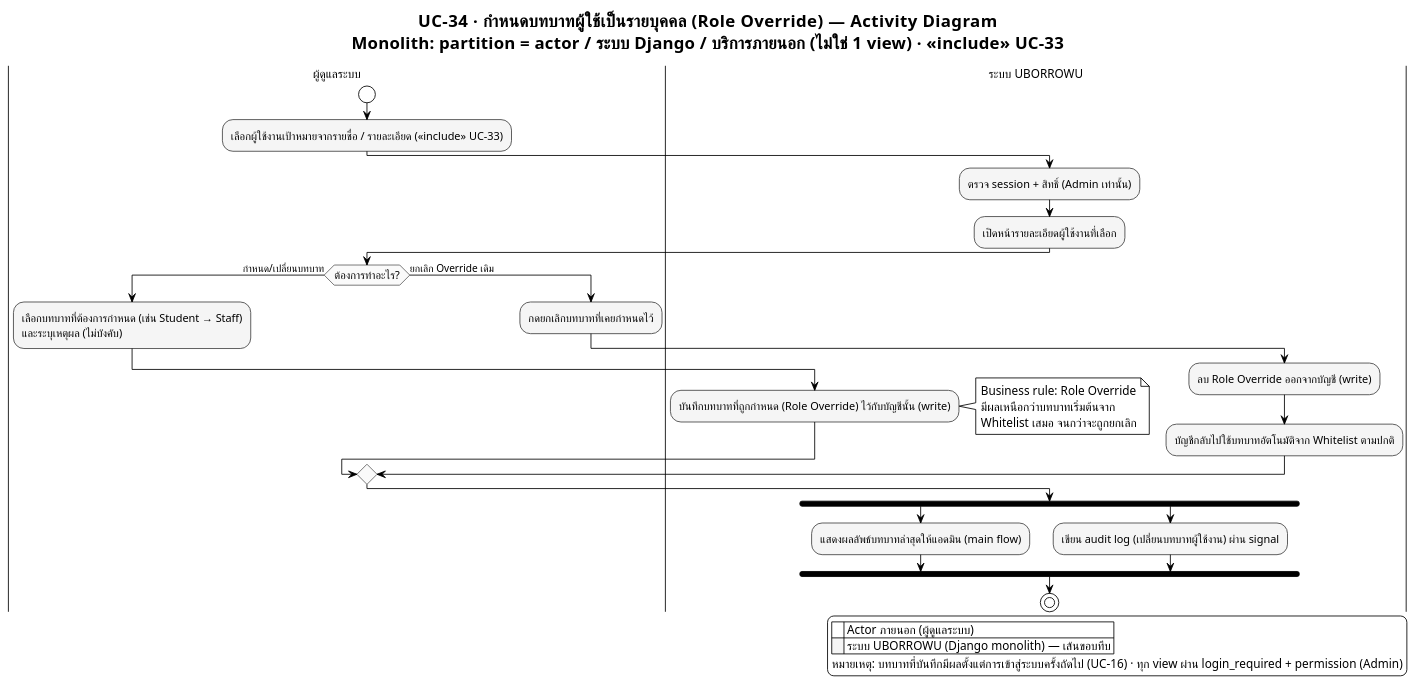
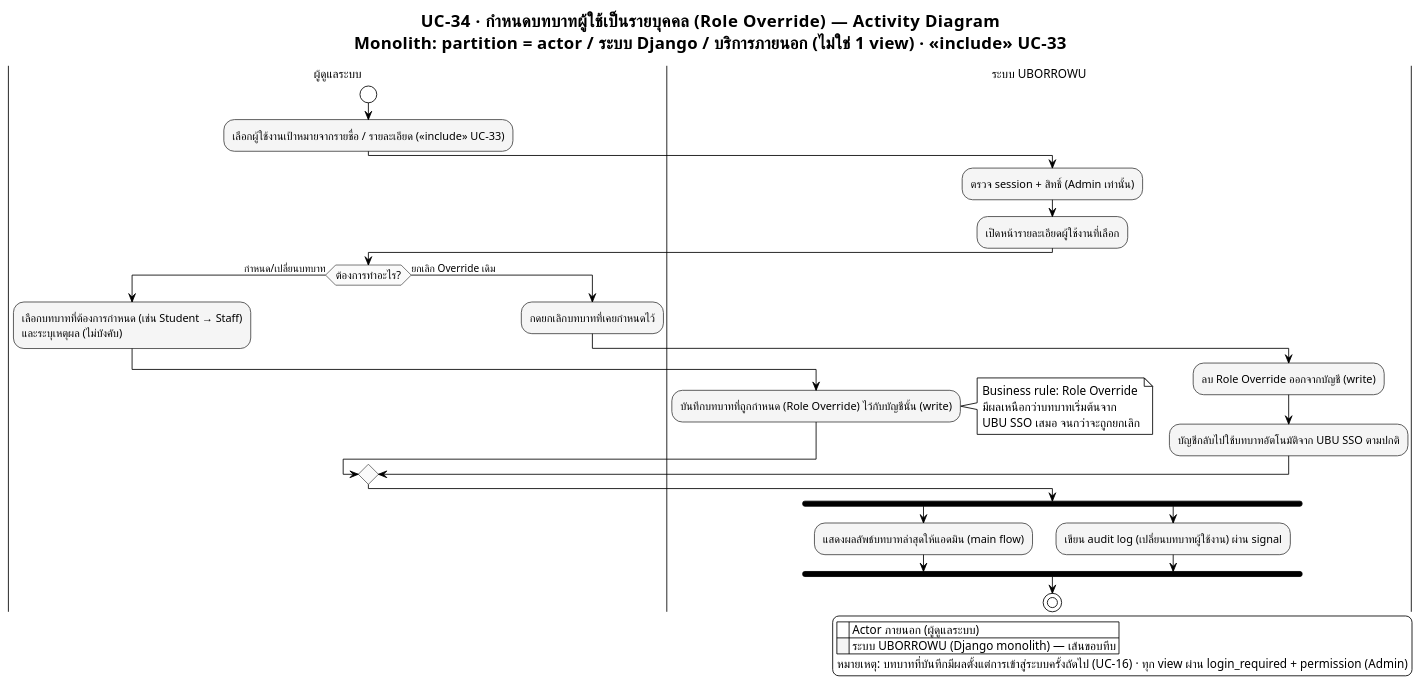
The diagram in proposal/usecase/activity_module10_uc34.puml (patlnwza-007/project-2569), drawn with PlantUML before and after one commit. The commit also changed 23 other files, not shown here.

```diff
--- a/proposal/usecase/activity_module10_uc34.puml
+++ b/proposal/usecase/activity_module10_uc34.puml
@@ -1,82 +1,82 @@
 @startuml activity_module10_uc34
 ' ══════════════════════════════════════════════════════════════════
 ' รองรับภาษาไทย — อ่านก่อน render:
 ' 1. บันทึกไฟล์นี้เป็น UTF-8 (ไม่ต้องมี BOM) เสมอ
 ' 2. ถ้า render ผ่าน CLI (plantuml.jar) ต้องระบุ flag encoding ด้วย:
 '      java -Dfile.encoding=UTF-8 -jar plantuml.jar -charset UTF-8 activity_admin_panel_uc34_role_override_individual.puml
 ' 3. บังคับใช้ Smetana (pure-Java layout engine) แทน Graphviz/dot
 '    เพราะ Graphviz บางระบบ (โดยเฉพาะ Windows) อ่าน UTF-8 ไม่ตรง ทำให้ตัวอักษรไทยเพี้ยน/หาย
 !pragma layout smetana
 ' 4. ฟอนต์ที่มีสระ/วรรณยุกต์ไทยครบและ render ผ่าน Java ได้เสถียร
 '    - Windows: "TH Sarabun New" (ฟอนต์มาตรฐานราชการ) หรือ "Tahoma" (มากับเครื่องอยู่แล้ว)
 '    - Linux / PlantUML online server: เปลี่ยนเป็น "Noto Sans Thai" หรือ "Loma"
 skinparam defaultFontName "TH Sarabun New"
 skinparam defaultFontSize 14
 ' ══════════════════════════════════════════════════════════════════
 
 !theme plain
 skinparam titleFontName "TH Sarabun New"
 skinparam titleFontSize 20
 skinparam noteFontName "TH Sarabun New"
 skinparam ArrowFontName "TH Sarabun New"
 skinparam ArrowFontSize 12
 skinparam swimlaneTitleFontName "TH Sarabun New"
 skinparam swimlaneTitleFontSize 14
 
 ' ===== Monochrome เท่านั้น — ห้ามให้แต่ละ partition มีสีต่างกัน =====
 skinparam activity {
   BackgroundColor #F5F5F5
   BorderColor #424242
   FontName "TH Sarabun New"
   FontSize 13
   DiamondBackgroundColor #FAFAFA
   DiamondBorderColor #616161
 }
 
 title UC-34 · กำหนดบทบาทผู้ใช้เป็นรายบุคคล (Role Override) — Activity Diagram\nMonolith: partition = actor / ระบบ Django / บริการภายนอก (ไม่ใช่ 1 view) · <<include>> UC-33
 
 ' ===== Actor ภายนอก (human) ที่ริเริ่มกระบวนการ =====
 ' หมายเหตุ: สมมติว่าแอดมิน login แล้ว (session) — ไม่ต้องวาด OAuth ซ้ำใน flow นี้
 |ผู้ดูแลระบบ|
 start
 :เลือกผู้ใช้งานเป้าหมายจากรายชื่อ / รายละเอียด (<<include>> UC-33);
 
 |ระบบ UBORROWU|
 :ตรวจ session + สิทธิ์ (Admin เท่านั้น);
 :เปิดหน้ารายละเอียดผู้ใช้งานที่เลือก;
 
 |ผู้ดูแลระบบ|
 if (ต้องการทำอะไร?) then (กำหนด/เปลี่ยนบทบาท)
   :เลือกบทบาทที่ต้องการกำหนด (เช่น Student → Staff)\nและระบุเหตุผล (ไม่บังคับ);
 
   |ระบบ UBORROWU|
   :บันทึกบทบาทที่ถูกกำหนด (Role Override) ไว้กับบัญชีนั้น (write);
   note right
     Business rule: Role Override
     มีผลเหนือกว่าบทบาทเริ่มต้นจาก
-    Whitelist เสมอ จนกว่าจะถูกยกเลิก
+    UBU SSO เสมอ จนกว่าจะถูกยกเลิก
   end note
 else (ยกเลิก Override เดิม)
   |ผู้ดูแลระบบ|
   :กดยกเลิกบทบาทที่เคยกำหนดไว้;
 
   |ระบบ UBORROWU|
   :ลบ Role Override ออกจากบัญชี (write);
-  :บัญชีกลับไปใช้บทบาทอัตโนมัติจาก Whitelist ตามปกติ;
+  :บัญชีกลับไปใช้บทบาทอัตโนมัติจาก UBU SSO ตามปกติ;
 endif
 
 fork
   :แสดงผลลัพธ์บทบาทล่าสุดให้แอดมิน (main flow);
 fork again
   :เขียน audit log (เปลี่ยนบทบาทผู้ใช้งาน) ผ่าน signal;
 end fork
 
 stop
 
 legend right
   |<back:white>    </back>| Actor ภายนอก (ผู้ดูแลระบบ) |
   |<back:#F5F5F5>    </back>| ระบบ UBORROWU (Django monolith) — เส้นขอบทึบ |
   หมายเหตุ: บทบาทที่บันทึกมีผลตั้งแต่การเข้าสู่ระบบครั้งถัดไป (UC-16) · ทุก view ผ่าน login_required + permission (Admin)
 endlegend
 
 @enduml
```
